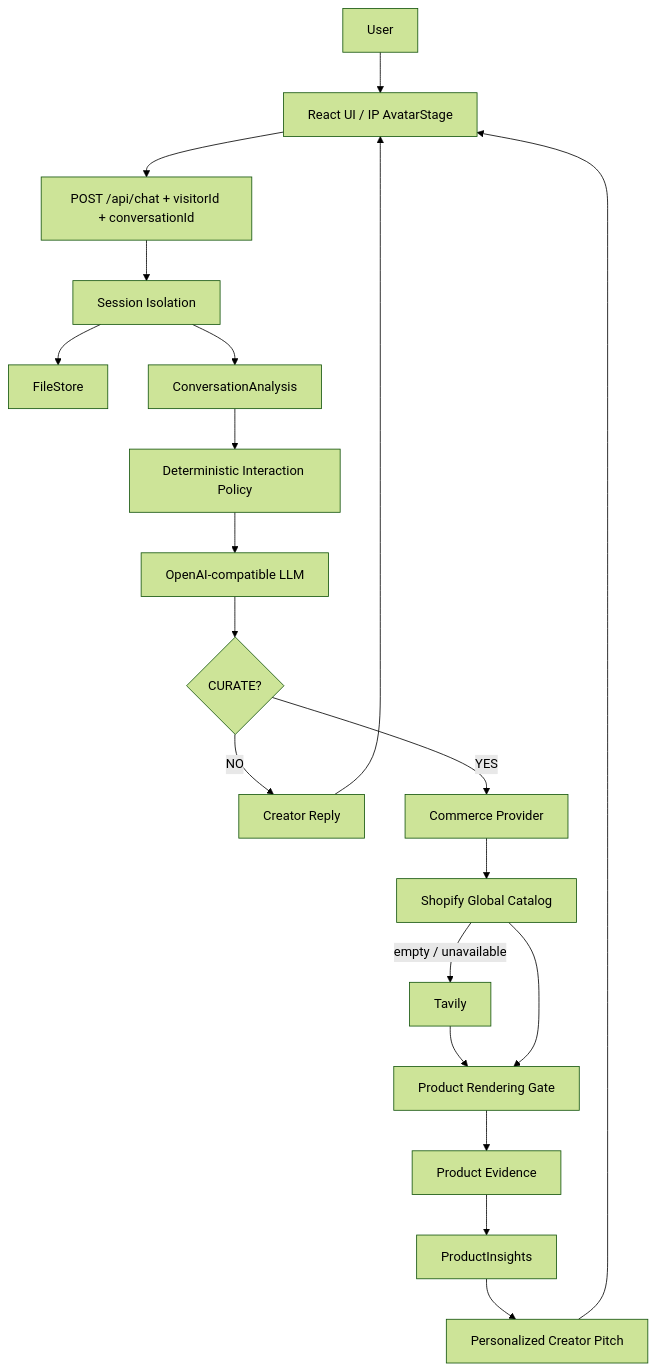
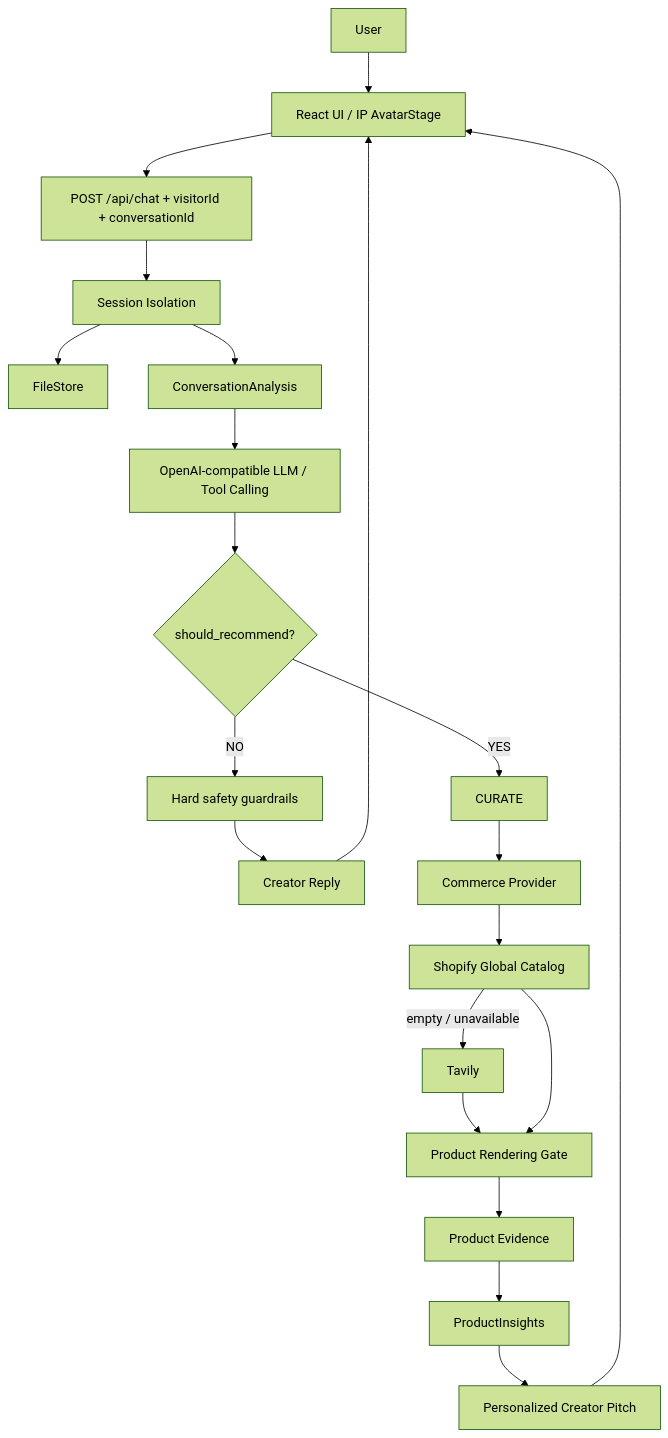
One commit to haomingweng3-eng/xiaoning-virtual-creator changed the diagram in README.md. Above: the diagram before and after it, drawn with Mermaid (forest theme). The commit also changed other lines of this file and 29 other files, not shown here.

````diff
--- a/README.md
+++ b/README.md
@@ -25,22 +26,23 @@
 ```mermaid
 flowchart TD
     U[User] --> UI[React UI / IP AvatarStage]
     UI --> API[POST /api/chat + visitorId + conversationId]
     API --> SI[Session Isolation]
     SI --> FS[FileStore]
     SI --> CA[ConversationAnalysis]
-    CA --> IP[Deterministic Interaction Policy]
-    IP --> LLM[OpenAI-compatible LLM]
-    LLM --> C{CURATE?}
-    C -- NO --> R[Creator Reply]
-    C -- YES --> CP[Commerce Provider]
+    CA --> LLM[OpenAI-compatible LLM / Tool Calling]
+    LLM --> D{should_recommend?}
+    D -- NO --> IP[Hard safety guardrails]
+    D -- YES --> C[CURATE]
+    IP --> R[Creator Reply]
+    C --> CP[Commerce Provider]
     CP --> S[Shopify Global Catalog]
     S -->|empty / unavailable| T[Tavily]
     T --> G[Product Rendering Gate]
     S --> G
     G --> E[Product Evidence]
     E --> PI[ProductInsights]
     PI --> P[Personalized Creator Pitch]
     R --> UI
     P --> UI
 ```
````
